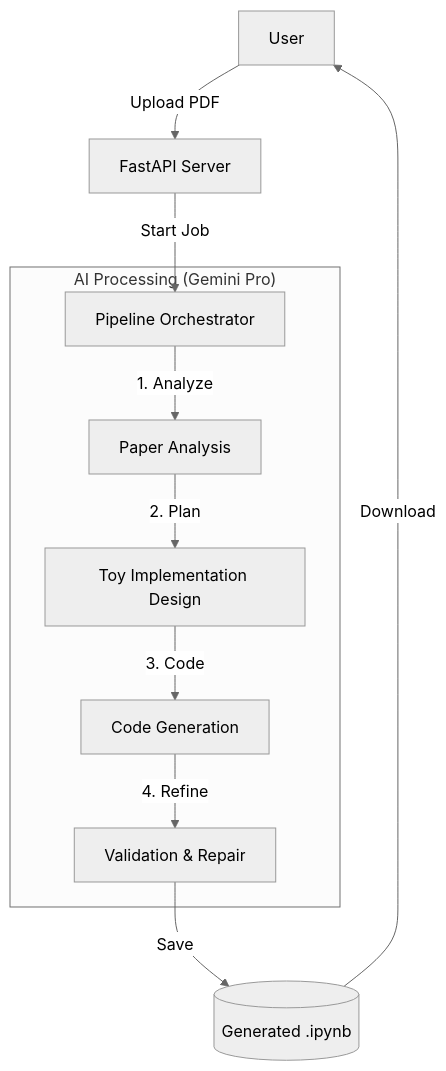
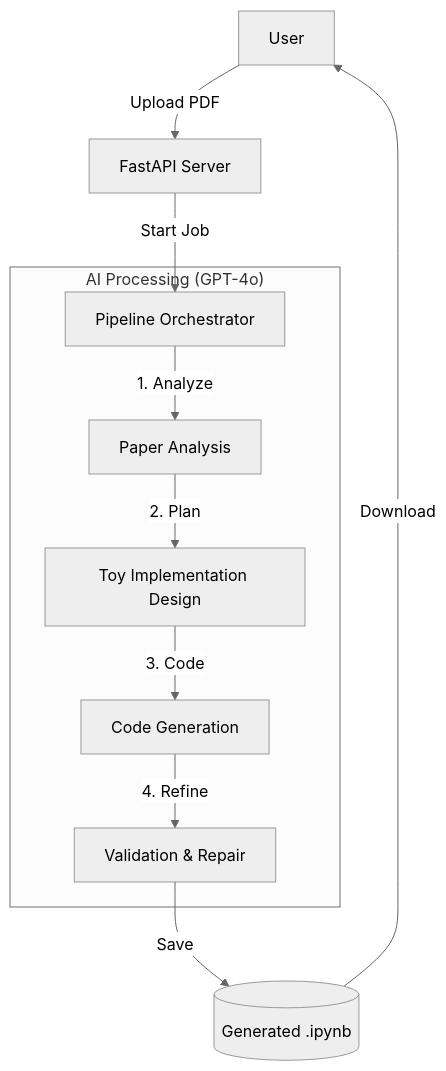
Before and after one commit to pravintakpire/paper-to-notebook: the diagram in README.md, drawn with Mermaid (neutral theme). The commit also changed other lines of this file and 11 other files, not shown here.

````diff
--- a/README.md
+++ b/README.md
@@ -18,15 +18,15 @@
 ```mermaid
 graph TD
     User[User] -->|Upload PDF| API[FastAPI Server]
     API -->|Start Job| Pipeline[Pipeline Orchestrator]
     
-    subgraph "AI Processing (Gemini Pro)"
+    subgraph "AI Processing (GPT-4o)"
         Pipeline -->|1. Analyze| Analysis[Paper Analysis]
         Analysis -->|2. Plan| Design[Toy Implementation Design]
         Design -->|3. Code| Gen[Code Generation]
         Gen -->|4. Refine| Validate[Validation & Repair]
     end
     
     Validate -->|Save| NB[(Generated .ipynb)]
     NB -->|Download| User
 ```
````
